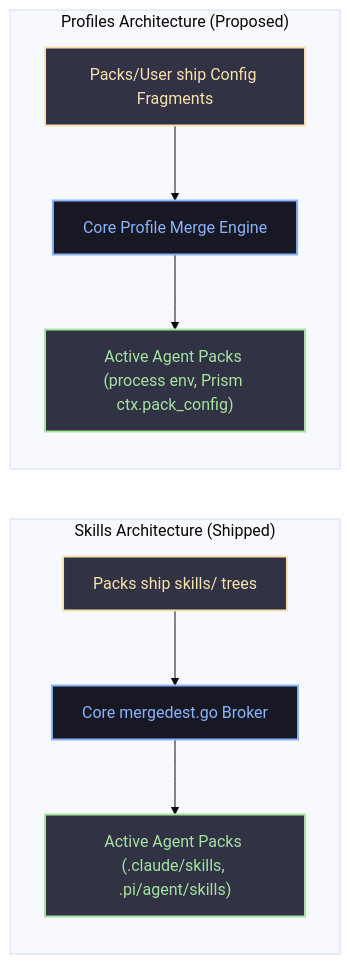
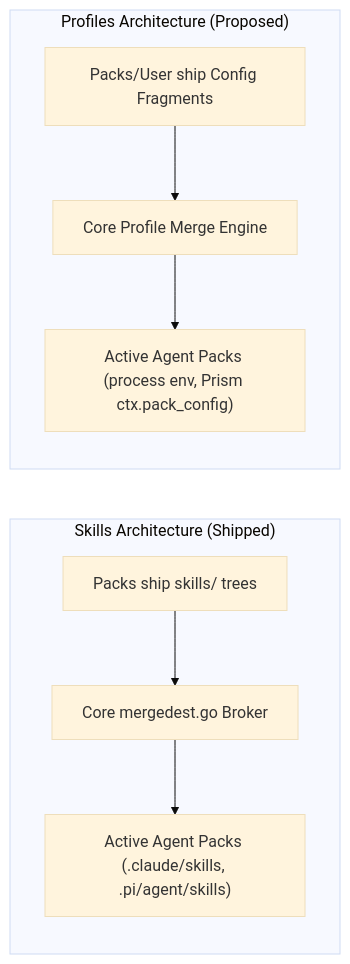
The second of 2 diagrams in docs/design/pack-profiles.md (mschulkind-oss/yolo-jail), drawn with Mermaid (base theme) before and after one commit. The commit also changed other lines of this file, not shown here.

Commit message:
docs: remove hardcoded classDef styling from mermaid diagrams in pack-profiles

````diff
--- a/docs/design/pack-profiles.md
+++ b/docs/design/pack-profiles.md
@@ -318,17 +313,12 @@
 ```mermaid
 flowchart LR
-    classDef default fill:#1e1e2e,stroke:#45475a,stroke-width:1px,color:#cdd6f4;
-    classDef pool fill:#313244,stroke:#f9e2af,stroke-width:2px,color:#f9e2af;
-    classDef core fill:#181825,stroke:#89b4fa,stroke-width:2px,color:#89b4fa;
-    classDef dest fill:#313244,stroke:#a6e3a1,stroke-width:2px,color:#a6e3a1;
-
     subgraph "Skills Architecture (Shipped)"
-        S_SRC["Packs ship skills/ trees"]:::pool --> S_BROKER["Core mergedest.go Broker"]:::core
-        S_BROKER --> S_DEST["Active Agent Packs (.claude/skills, .pi/agent/skills)"]:::dest
+        S_SRC["Packs ship skills/ trees"] --> S_BROKER["Core mergedest.go Broker"]
+        S_BROKER --> S_DEST["Active Agent Packs (.claude/skills, .pi/agent/skills)"]
     end
 
     subgraph "Profiles Architecture (Proposed)"
-        P_SRC["Packs/User ship Config Fragments"]:::pool --> P_BROKER["Core Profile Merge Engine"]:::core
-        P_BROKER --> P_DEST["Active Agent Packs (process env, Prism ctx.pack_config)"]:::dest
+        P_SRC["Packs/User ship Config Fragments"] --> P_BROKER["Core Profile Merge Engine"]
+        P_BROKER --> P_DEST["Active Agent Packs (process env, Prism ctx.pack_config)"]
     end
 ```
````
